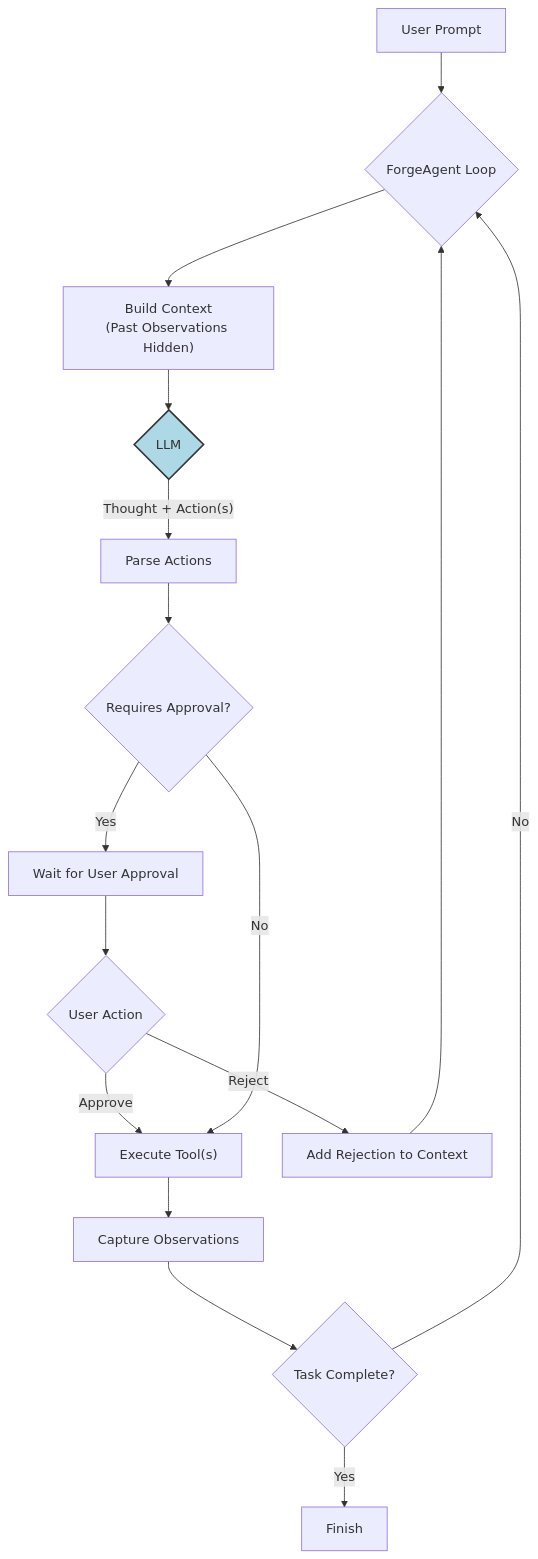
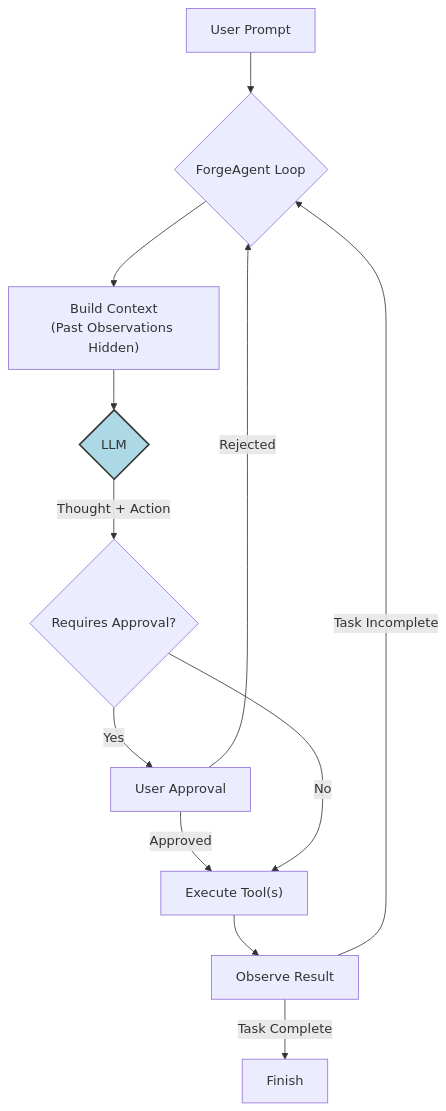
The second of 2 diagrams in README.md (yanard18/com.denizyanar.forgeai), drawn with Mermaid before and after one commit.

Commit message:
docs: Simplify ReAct architecture diagram

````diff
--- a/README.md
+++ b/README.md
@@ -60,20 +60,16 @@
 ```mermaid
 graph TD
     A[User Prompt] --> B{ForgeAgent Loop};
     B --> C["Build Context\n(Past Observations Hidden)"];
     C --> D{LLM};
-    D -- "Thought + Action(s)" --> E[Parse Actions];
-    E --> F{Requires Approval?};
-    F -- Yes --> G[Wait for User Approval];
-    G --> H{User Action};
-    H -- Approve --> I["Execute Tool(s)"];
-    H -- Reject --> J[Add Rejection to Context];
-    F -- No --> I;
-    I --> K[Capture Observations];
-    K --> L{Task Complete?};
-    L -- No --> B;
-    L -- Yes --> M[Finish];
-    J --> B;
+    D -- "Thought + Action" --> E{Requires Approval?};
+    E -- Yes --> F[User Approval];
+    F -- Approved --> G["Execute Tool(s)"];
+    F -- Rejected --> B;
+    E -- No --> G;
+    G --> H[Observe Result];
+    H -- "Task Incomplete" --> B;
+    H -- "Task Complete" --> I[Finish];
 
     style D fill:#add8e6,stroke:#333,stroke-width:2px
 ```
````
